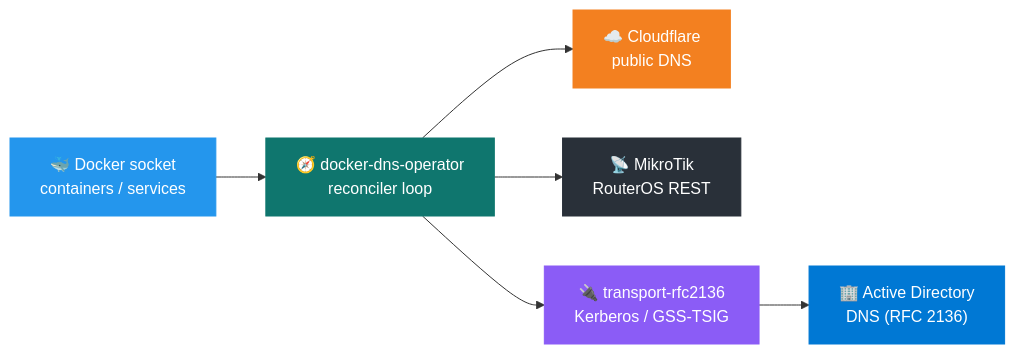
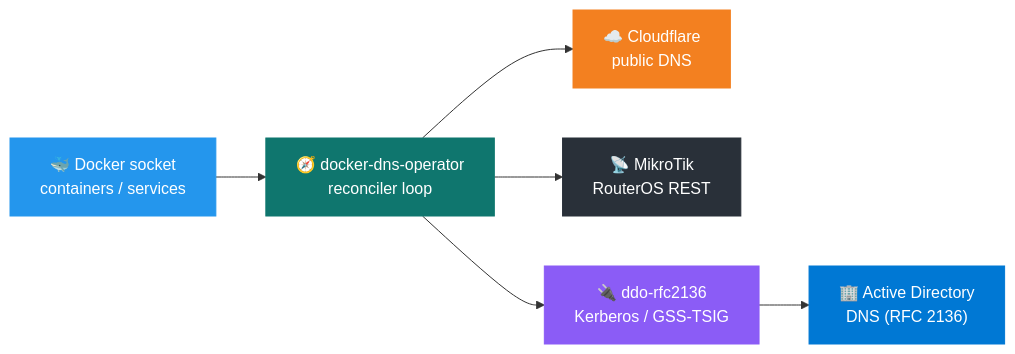
The first of 2 diagrams in README.md (mrkhachaturov/docker-dns-operator), drawn with Mermaid before and after one commit. The commit also changed other lines of this file and 37 other files, not shown here.

````diff
--- a/README.md
+++ b/README.md
@@ -39,16 +39,16 @@
 ```mermaid
 graph LR
     DK["🐳 Docker socket<br/>containers / services"] --> OP["🧭 docker-dns-operator<br/>reconciler loop"]
 
     OP --> CF["☁️ Cloudflare<br/>public DNS"]
     OP --> MT["📡 MikroTik<br/>RouterOS REST"]
-    OP --> TR["🔌 transport-rfc2136<br/>Kerberos / GSS-TSIG"]
+    OP --> TR["🔌 ddo-rfc2136<br/>Kerberos / GSS-TSIG"]
     TR --> AD["🏢 Active Directory<br/>DNS (RFC 2136)"]
 
     style DK fill:#2496ed,color:#fff,stroke:#2496ed
     style OP fill:#0f766e,color:#fff,stroke:#0f766e
     style CF fill:#f38020,color:#fff,stroke:#f38020
     style MT fill:#293039,color:#fff,stroke:#293039
     style TR fill:#8b5cf6,color:#fff,stroke:#8b5cf6
     style AD fill:#0078d4,color:#fff,stroke:#0078d4
 ```
````
